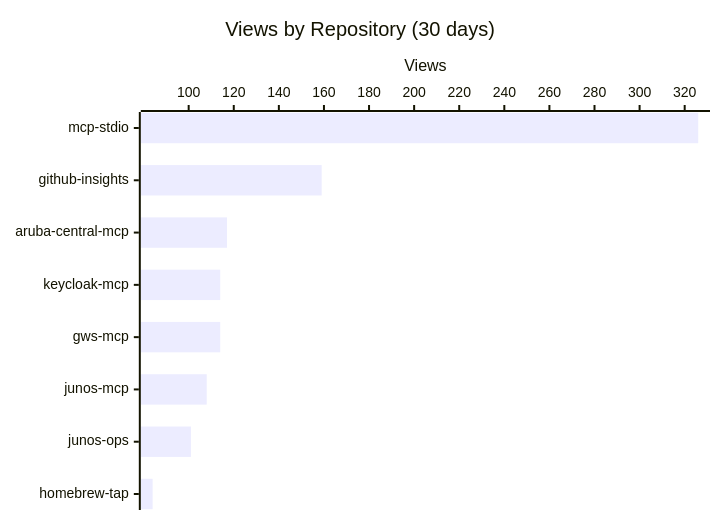
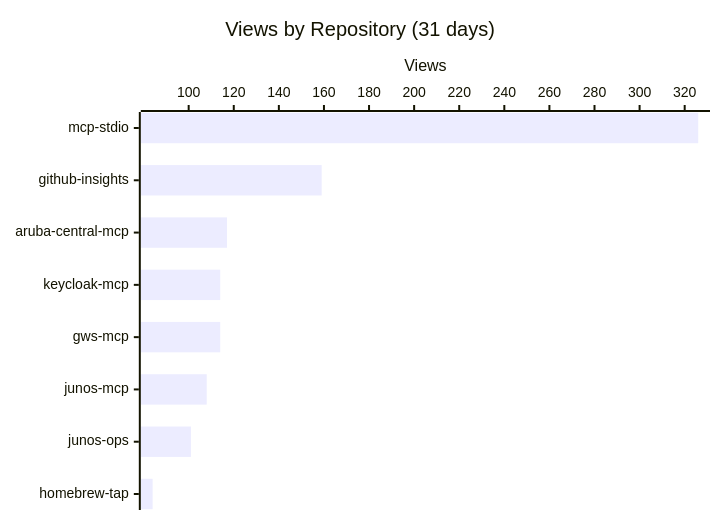
Before and after one commit to shigechika/github-insights: the first of 3 diagrams in README.md, drawn with Mermaid. The commit also changed other lines of this file and 1 other file, not shown here.

````diff
--- a/README.md
+++ b/README.md
@@ -12,7 +12,7 @@
 ```mermaid
 xychart-beta horizontal
-    title "Views by Repository (30 days)"
+    title "Views by Repository (31 days)"
     x-axis ["mcp-stdio", "github-insights", "aruba-central-mcp", "keycloak-mcp", "gws-mcp", "junos-mcp", "junos-ops", "homebrew-tap"]
     y-axis "Views"
     bar [326, 159, 117, 114, 114, 108, 101, 84]
 ```
````
